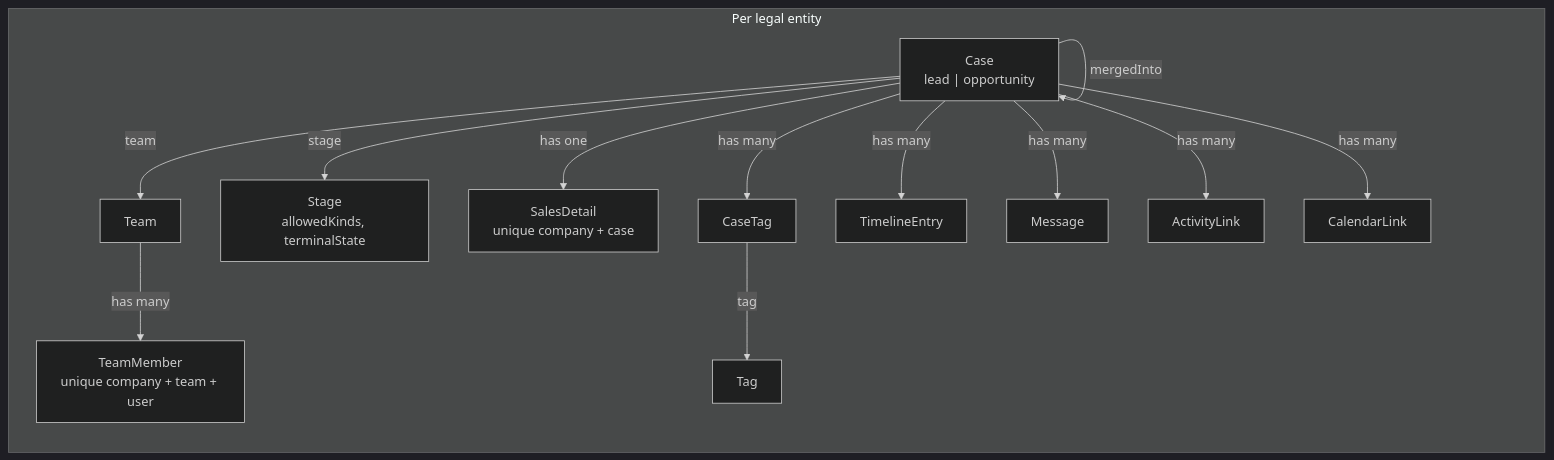
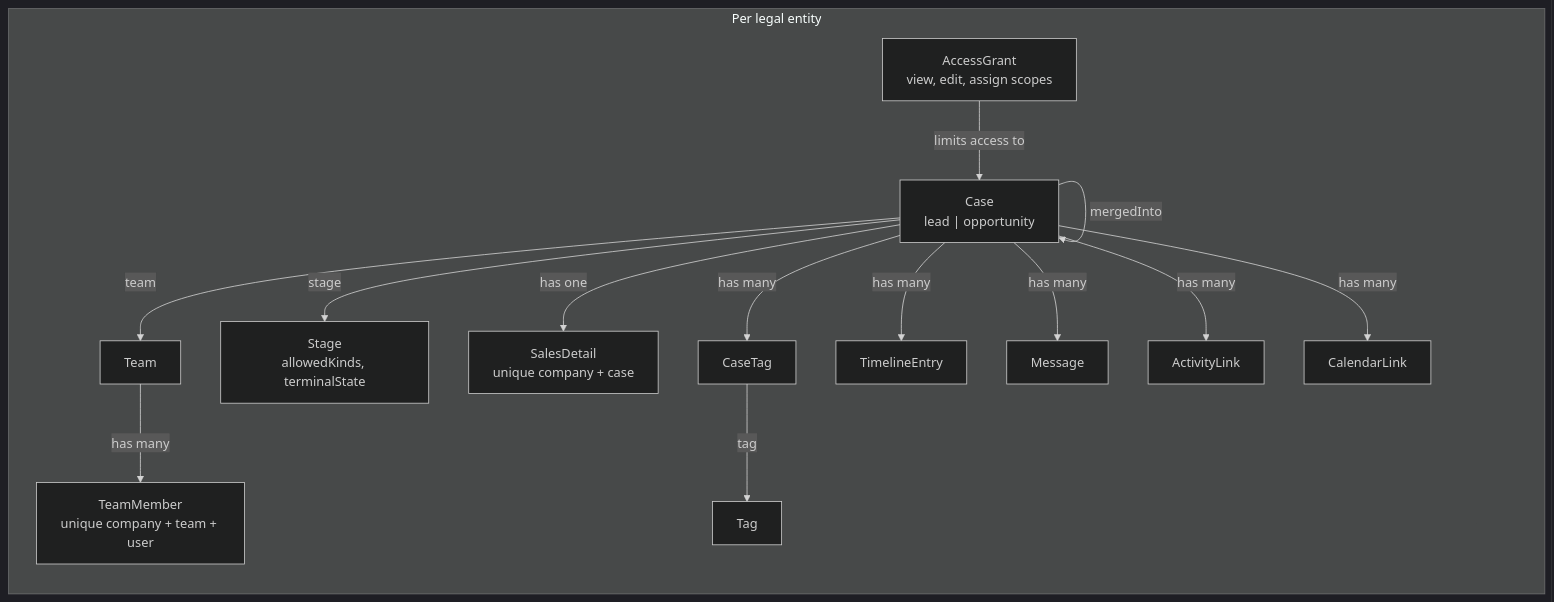
Before and after one commit to ketvietlab/ketjs: the diagram in docs/src/content/docs/ketsuite/crm.md, drawn with Mermaid (dark theme). The commit also changed other lines of this file and 10 other files, not shown here.

````diff
--- a/docs/src/content/docs/ketsuite/crm.md
+++ b/docs/src/content/docs/ketsuite/crm.md
@@ -31,29 +31,31 @@
 ```mermaid
 %% File: docs/src/content/docs/ketsuite/crm.md
 flowchart LR
   subgraph Pipeline["Per legal entity"]
     T["Team"]
     TM["TeamMember<br/>unique company + team + user"]
+    AG["AccessGrant<br/>view, edit, assign scopes"]
     S["Stage<br/>allowedKinds, terminalState"]
     C["Case<br/>lead | opportunity"]
     SD["SalesDetail<br/>unique company + case"]
     TAG["Tag"]
     CT["CaseTag"]
     TL["TimelineEntry"]
     M["Message"]
     AL["ActivityLink"]
     CL["CalendarLink"]
 
     T -->|has many| TM
     C -->|stage| S
     C -->|team| T
+    AG -->|limits access to| C
     C -->|has one| SD
     C -->|has many| CT
     CT -->|tag| TAG
     C -->|has many| TL
     C -->|has many| M
     C -->|has many| AL
     C -->|has many| CL
     C -->|mergedInto| C
   end
 ```
````
